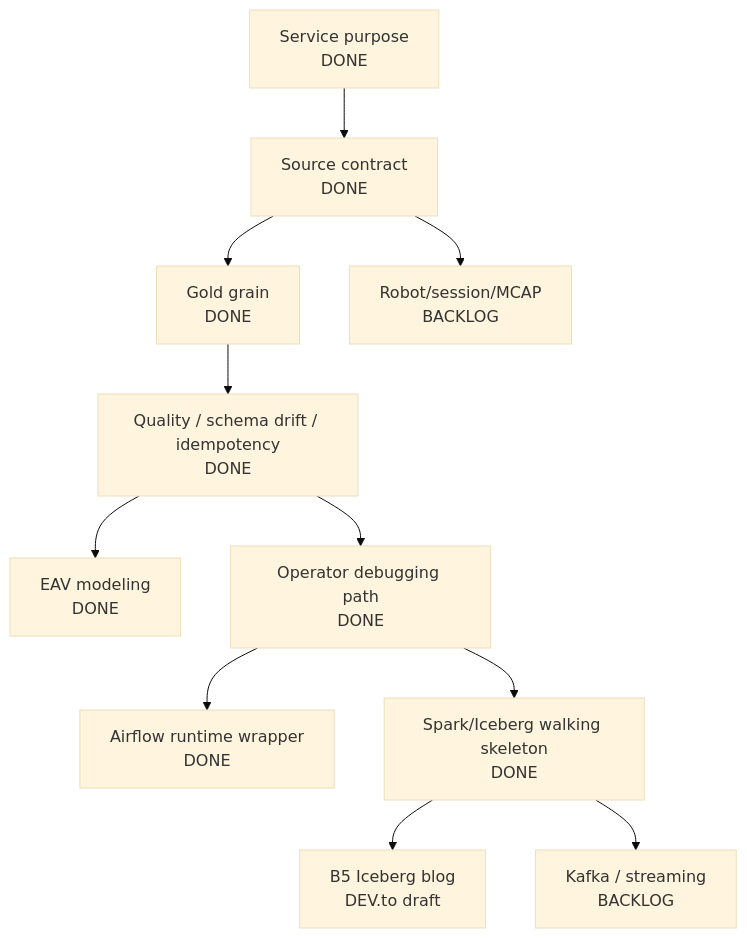
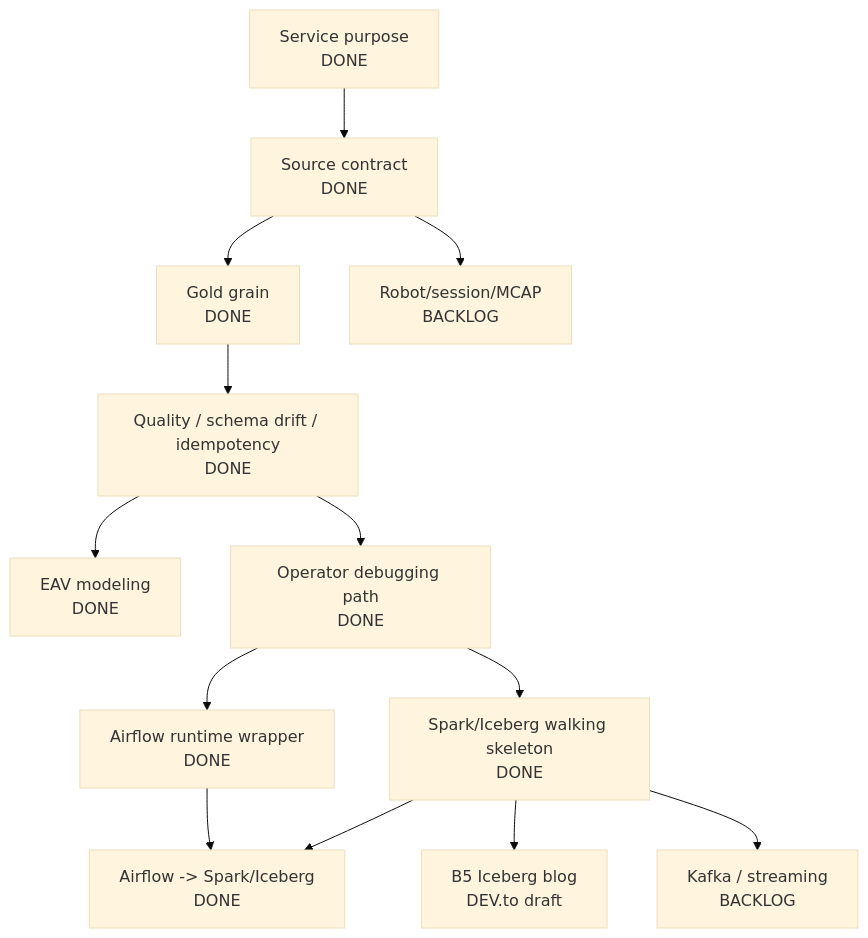
The second of 2 diagrams in PROJECT_PROGRESS_MAP.ko.md (junhyun-dev/manufacturing-data-platform-mini), drawn with Mermaid (base theme) before and after one commit. The commit also changed other lines of this file and 23 other files, not shown here.

Commit message:
Trigger Spark Iceberg skeleton from Airflow

````diff
--- a/PROJECT_PROGRESS_MAP.ko.md
+++ b/PROJECT_PROGRESS_MAP.ko.md
@@ -79,23 +80,26 @@
 ```mermaid
 flowchart TD
   purpose["Service purpose\nDONE"]
   source["Source contract\nDONE"]
   grain["Gold grain\nDONE"]
   quality["Quality / schema drift / idempotency\nDONE"]
   eav["EAV modeling\nDONE"]
   rca["Operator debugging path\nDONE"]
   airflow["Airflow runtime wrapper\nDONE"]
   iceberg["Spark/Iceberg walking skeleton\nDONE"]
+  airflow_iceberg["Airflow -> Spark/Iceberg\nDONE"]
   b5["B5 Iceberg blog\nDEV.to draft"]
   streaming["Kafka / streaming\nBACKLOG"]
   robot["Robot/session/MCAP\nBACKLOG"]
 
   purpose --> source --> grain --> quality
   quality --> eav
   quality --> rca
   rca --> airflow
   rca --> iceberg
+  airflow --> airflow_iceberg
+  iceberg --> airflow_iceberg
   iceberg --> b5
   iceberg --> streaming
   source --> robot
 ```
````
